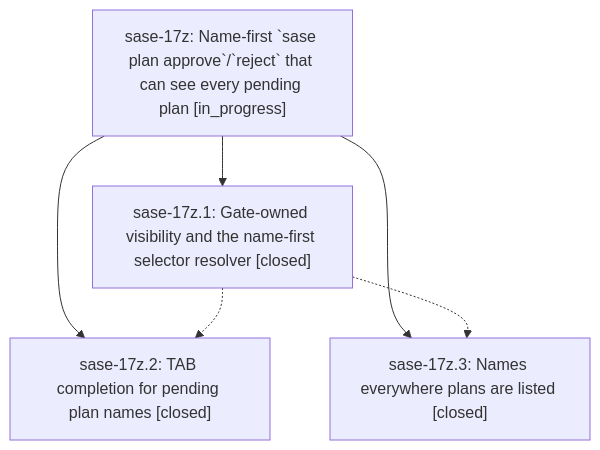
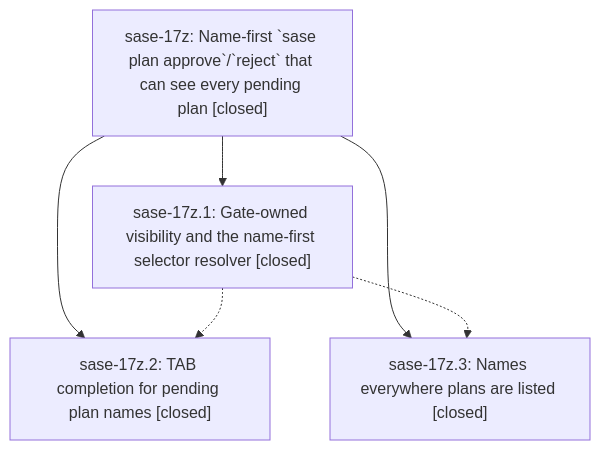
Before and after one commit to sase-org/sase--beads: the diagram in pages/sase-17z/README.md, drawn with Mermaid. The commit also changed other lines of this file and 1 other file, not shown here.

First line of the commit message:
chore(beads): sync bead state and pages for sase-17z

````diff
--- a/pages/sase-17z/README.md
+++ b/pages/sase-17z/README.md
@@ -24,12 +28,12 @@
 ```mermaid
 flowchart TD
-    n0["sase-17z: Name-first `sase plan approve`/`reject` that can see every pending plan [in_progress]"]
+    n0["sase-17z: Name-first `sase plan approve`/`reject` that can see every pending plan [closed]"]
     n1["sase-17z.1: Gate-owned visibility and the name-first selector resolver [closed]"]
     n2["sase-17z.2: TAB completion for pending plan names [closed]"]
     n3["sase-17z.3: Names everywhere plans are listed [closed]"]
     n0 --> n1
     n0 --> n2
     n0 --> n3
     n1 -.-> n2
     n1 -.-> n3
 ```
````
